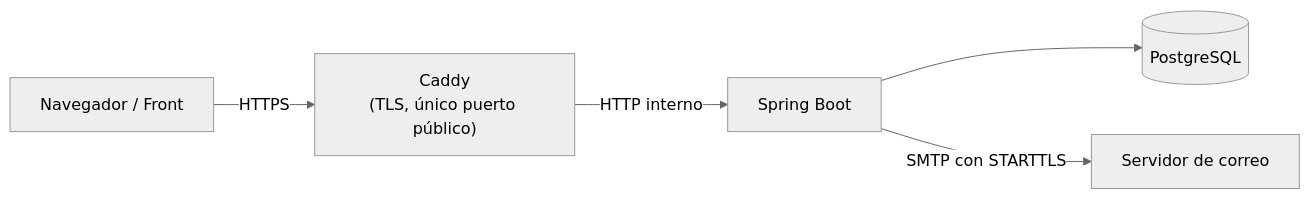
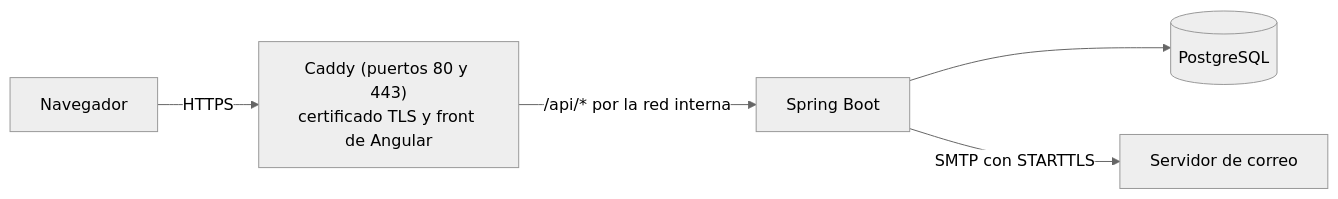
Before and after one commit to DaniHurtado13/Citas-Medicas: the first of 2 diagrams in README.md, drawn with Mermaid (neutral theme). The commit also changed other lines of this file, not shown here.

Commit message:
Cambios en el README sobre el front, acerca de la demo y metodología.

````diff
--- a/README.md
+++ b/README.md
@@ -14,7 +16,7 @@
 ```mermaid
 flowchart LR
-    Cliente["Navegador / Front"] -- HTTPS --> Caddy["Caddy<br/>(TLS, único puerto público)"]
-    Caddy -- HTTP interno --> App["Spring Boot"]
+    Navegador -- HTTPS --> Caddy["Caddy (puertos 80 y 443)<br/>certificado TLS y front de Angular"]
+    Caddy -- "/api/* por la red interna" --> App["Spring Boot"]
     App --> DB[("PostgreSQL")]
     App -- SMTP con STARTTLS --> Correo["Servidor de correo"]
 ```
````
